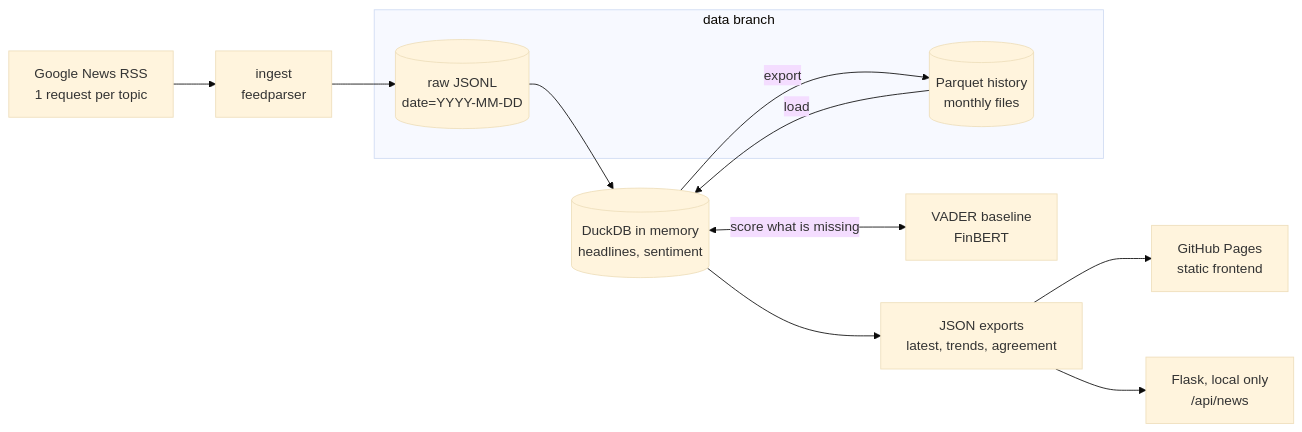
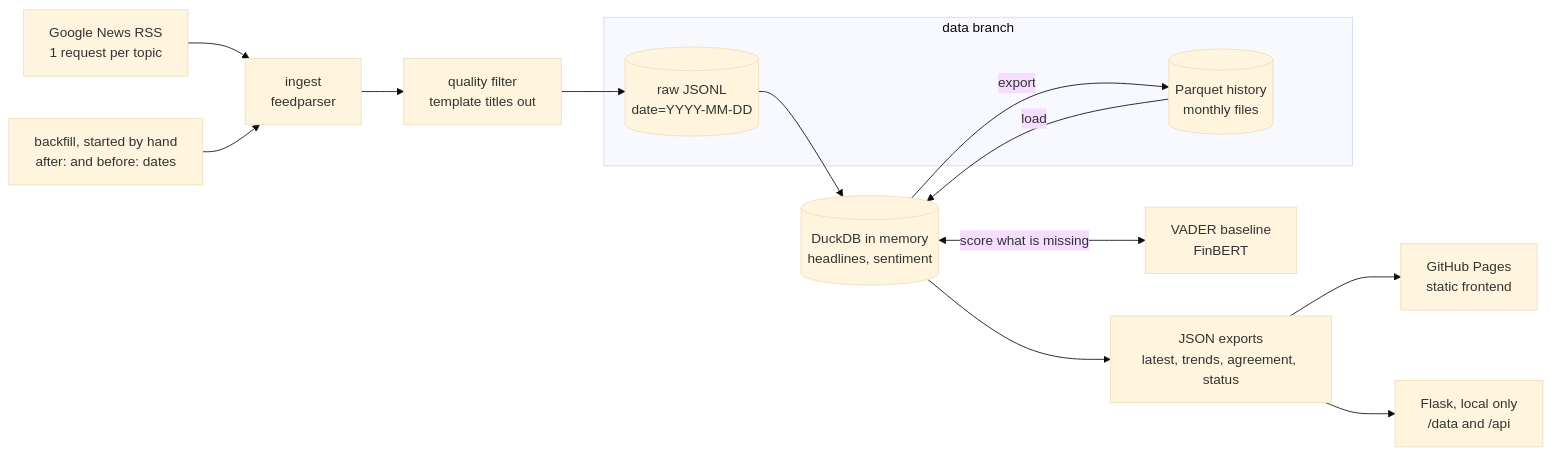
The diagram in README.md (Onodera-Gustavo/W-H-Y), drawn with Mermaid (base theme) before and after one commit. The commit also changed other lines of this file and 1 other file, not shown here.

Commit message:
docs: document the quality filter, the backfill and the new pages

````diff
--- a/README.md
+++ b/README.md
@@ -21,16 +23,18 @@
 ```mermaid
 flowchart LR
     rss["Google News RSS<br/>1 request per topic"] --> ingest["ingest<br/>feedparser"]
-    ingest --> raw[("raw JSONL<br/>date=YYYY-MM-DD")]
+    backfill["backfill, started by hand<br/>after: and before: dates"] --> ingest
+    ingest --> quality["quality filter<br/>template titles out"]
+    quality --> raw[("raw JSONL<br/>date=YYYY-MM-DD")]
     raw --> duck[("DuckDB in memory<br/>headlines, sentiment")]
     hist[("Parquet history<br/>monthly files")] -->|load| duck
     duck -->|export| hist
     duck <-->|score what is missing| models["VADER baseline<br/>FinBERT"]
-    duck --> json["JSON exports<br/>latest, trends, agreement"]
+    duck --> json["JSON exports<br/>latest, trends, agreement, status"]
     json --> pages["GitHub Pages<br/>static frontend"]
-    json --> flask["Flask, local only<br/>/api/news"]
+    json --> flask["Flask, local only<br/>/data and /api"]
     subgraph branch ["data branch"]
         raw
         hist
     end
 ```
````
